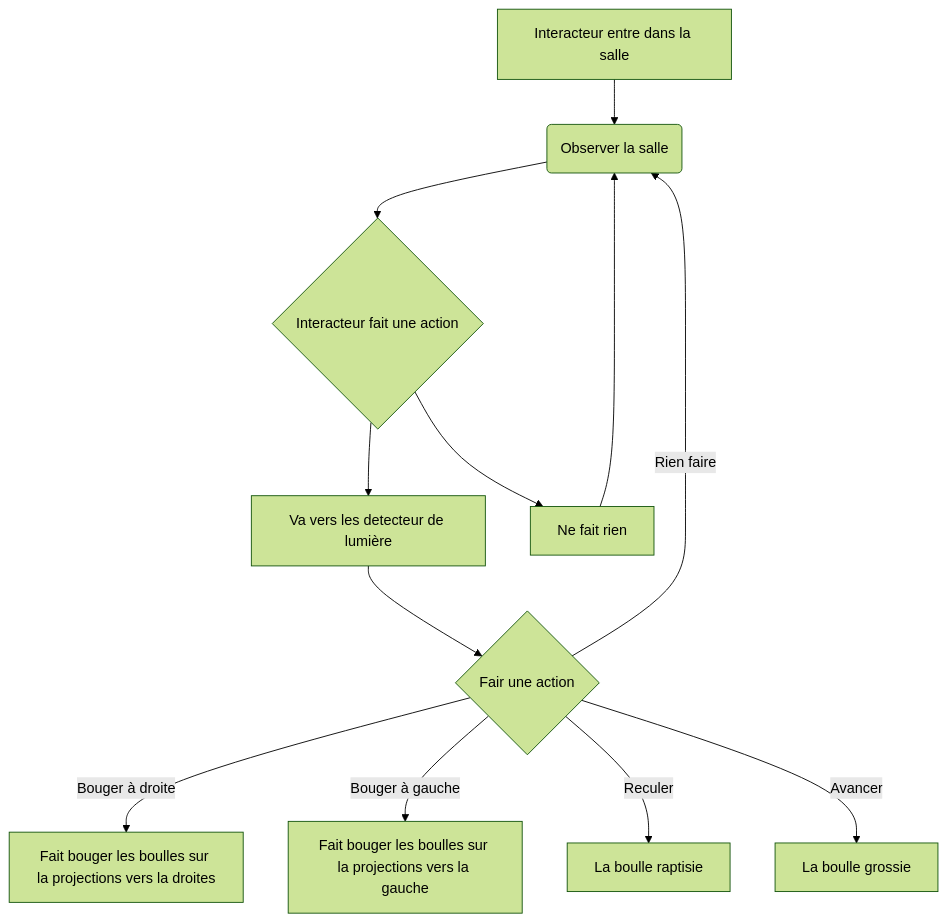
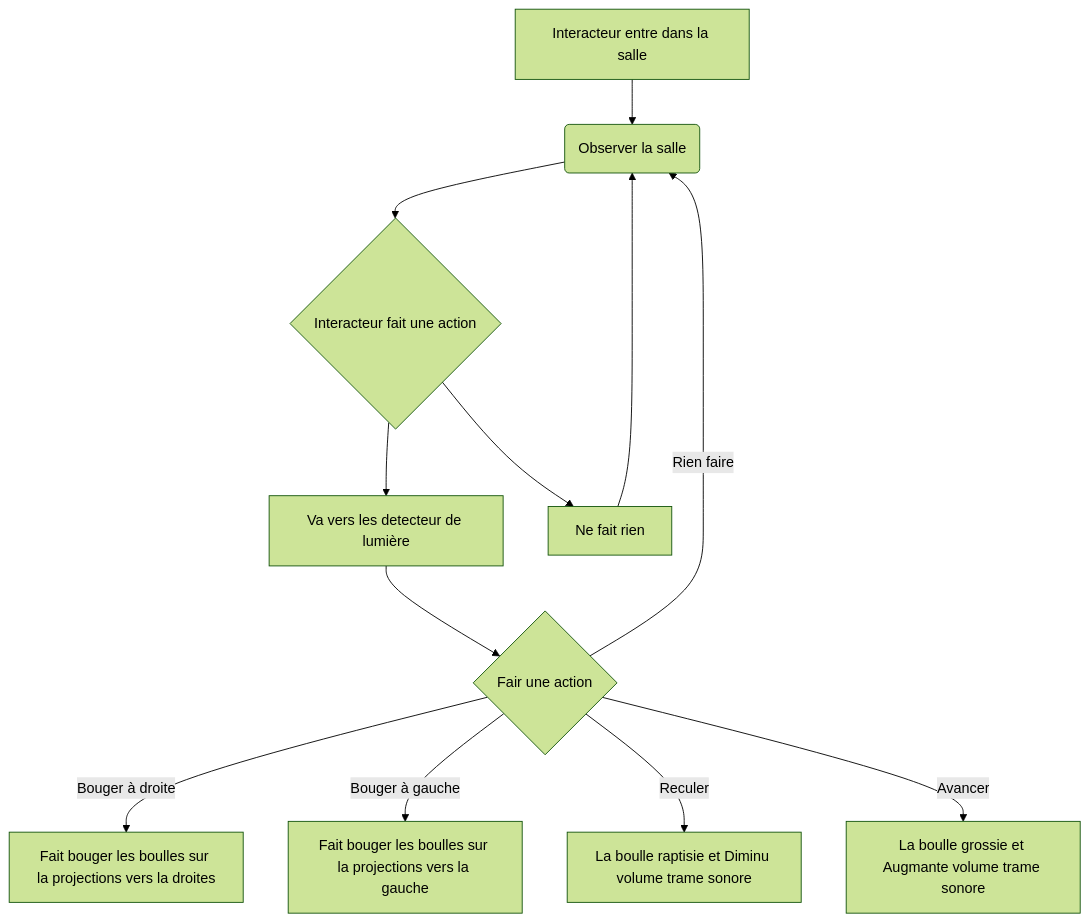
The diagram in README.md (victorgileau/piano_etoile_scenarisation_projet), drawn with Mermaid (forest theme) before and after one commit. The commit also changed other lines of this file, not shown here.

Commit message:
README.md-ajout_son

````diff
--- a/README.md
+++ b/README.md
@@ -22,14 +22,14 @@
 ```mermaid
 flowchart TD
     A[Interacteur entre dans la salle] --> B(Observer la salle)
     B --> C{Interacteur fait une action}
     C --> D[Va vers les detecteur de lumière]
     C --> E[Ne fait rien]
     E --> B
     D --> F{Fair une action}
     F -->|Bouger à droite| G[Fait bouger les boulles sur la projections vers la droites]
     F -->|Bouger à gauche| H[Fait bouger les boulles sur la projections vers la gauche]
-    F -->|Reculer| I[La boulle raptisie]
-    F -->|Avancer| J[La boulle grossie]
+    F -->|Reculer| I[La boulle raptisie et Diminu volume trame sonore]
+    F -->|Avancer| J[La boulle grossie et Augmante volume trame sonore]
     F -->|Rien faire| B
 ```
````
